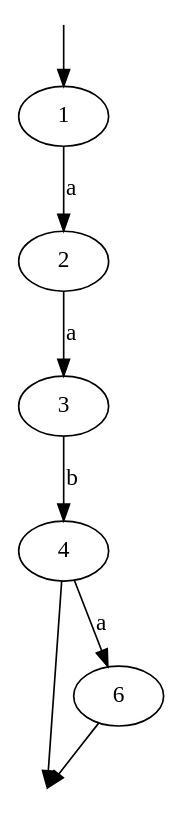
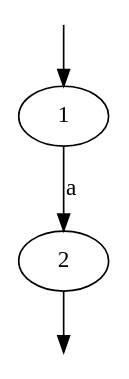
Before and after one commit to omarelhorre/automate: the diagram in src/automate1.dot, drawn with Graphviz. The commit also changed 7 other files, not shown here.

```diff
--- a/src/automate1.dot
+++ b/src/automate1.dot
@@ -1,11 +1,7 @@
 digraph G {
 init [shape=point shape=point style=filled, fillcolor=white color=white];
 fin [shape=point shape=point style=filled, fillcolor=white color=white];
 init -> 1;
 1 -> 2 [label="a"];
-2 -> 3 [label="a"];
-3 -> 4 [label="b"];
-4 -> 6 [label="a"];
-6 -> fin;
-4 -> fin;
+2 -> fin;
 }
```
